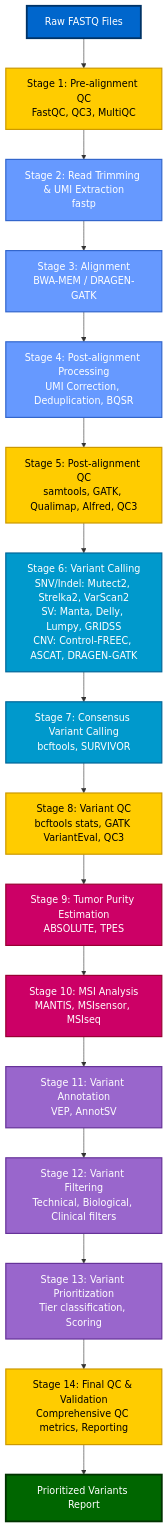
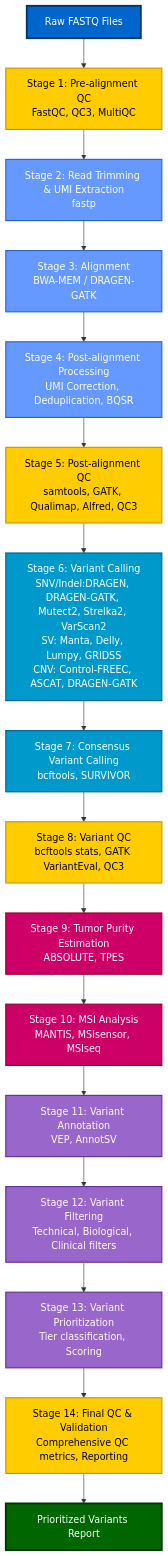
The first of 2 diagrams in _posts/2026-01-08-013-data-analysis-guidelines-for-early-cancer-detection.md (haibol2016/haibol2016.github.io), drawn with Mermaid before and after one commit. The commit also changed other lines of this file and 15 other files, not shown here.

````diff
--- a/_posts/2026-01-08-013-data-analysis-guidelines-for-early-cancer-detection.md
+++ b/_posts/2026-01-08-013-data-analysis-guidelines-for-early-cancer-detection.md
@@ -53,35 +36,35 @@
 ```mermaid
 graph TB
     Start[Raw FASTQ Files] --> QC1[Stage 1: Pre-alignment QC<br/>FastQC, QC3, MultiQC]
     QC1 --> Trim[Stage 2: Read Trimming & UMI Extraction<br/>fastp]
     Trim --> Align[Stage 3: Alignment<br/>BWA-MEM / DRAGEN-GATK]
     Align --> Process[Stage 4: Post-alignment Processing<br/>UMI Correction, Deduplication, BQSR]
     Process --> QC2[Stage 5: Post-alignment QC<br/>samtools, GATK, Qualimap, Alfred, QC3]
-    QC2 --> Call[Stage 6: Variant Calling<br/>SNV/Indel: Mutect2, Strelka2, VarScan2<br/>SV: Manta, Delly, Lumpy, GRIDSS<br/>CNV: Control-FREEC, ASCAT, DRAGEN-GATK]
+    QC2 --> Call[Stage 6: Variant Calling<br/>SNV/Indel:DRAGEN, DRAGEN-GATK, Mutect2, Strelka2, VarScan2<br/>SV: Manta, Delly, Lumpy, GRIDSS<br/>CNV: Control-FREEC, ASCAT, DRAGEN-GATK]
     Call --> Consensus[Stage 7: Consensus Variant Calling<br/>bcftools, SURVIVOR]
     Consensus --> QC3[Stage 8: Variant QC<br/>bcftools stats, GATK VariantEval, QC3]
     QC3 --> Purity[Stage 9: Tumor Purity Estimation<br/>ABSOLUTE, TPES]
     Purity --> MSI[Stage 10: MSI Analysis<br/>MANTIS, MSIsensor, MSIseq]
     MSI --> Annotate[Stage 11: Variant Annotation<br/>VEP, AnnotSV]
     Annotate --> Filter[Stage 12: Variant Filtering<br/>Technical, Biological, Clinical filters]
     Filter --> Prioritize[Stage 13: Variant Prioritization<br/>Tier classification, Scoring]
     Prioritize --> QC4[Stage 14: Final QC & Validation<br/>Comprehensive QC metrics, Reporting]
     QC4 --> End[Prioritized Variants Report]
     
     style Start fill:#0066cc,stroke:#003366,stroke-width:3px,color:#ffffff
     style End fill:#006600,stroke:#003300,stroke-width:3px,color:#ffffff
     style QC1 fill:#ffcc00,stroke:#cc9900,stroke-width:2px,color:#000000
     style QC2 fill:#ffcc00,stroke:#cc9900,stroke-width:2px,color:#000000
     style QC3 fill:#ffcc00,stroke:#cc9900,stroke-width:2px,color:#000000
     style QC4 fill:#ffcc00,stroke:#cc9900,stroke-width:2px,color:#000000
     style Purity fill:#cc0066,stroke:#990033,stroke-width:2px,color:#ffffff
     style MSI fill:#cc0066,stroke:#990033,stroke-width:2px,color:#ffffff
     style Call fill:#0099cc,stroke:#006699,stroke-width:2px,color:#ffffff
     style Consensus fill:#0099cc,stroke:#006699,stroke-width:2px,color:#ffffff
     style Process fill:#6699ff,stroke:#3366cc,stroke-width:2px,color:#ffffff
     style Trim fill:#6699ff,stroke:#3366cc,stroke-width:2px,color:#ffffff
     style Align fill:#6699ff,stroke:#3366cc,stroke-width:2px,color:#ffffff
     style Annotate fill:#9966cc,stroke:#663399,stroke-width:2px,color:#ffffff
     style Filter fill:#9966cc,stroke:#663399,stroke-width:2px,color:#ffffff
     style Prioritize fill:#9966cc,stroke:#663399,stroke-width:2px,color:#ffffff
 ```
````
